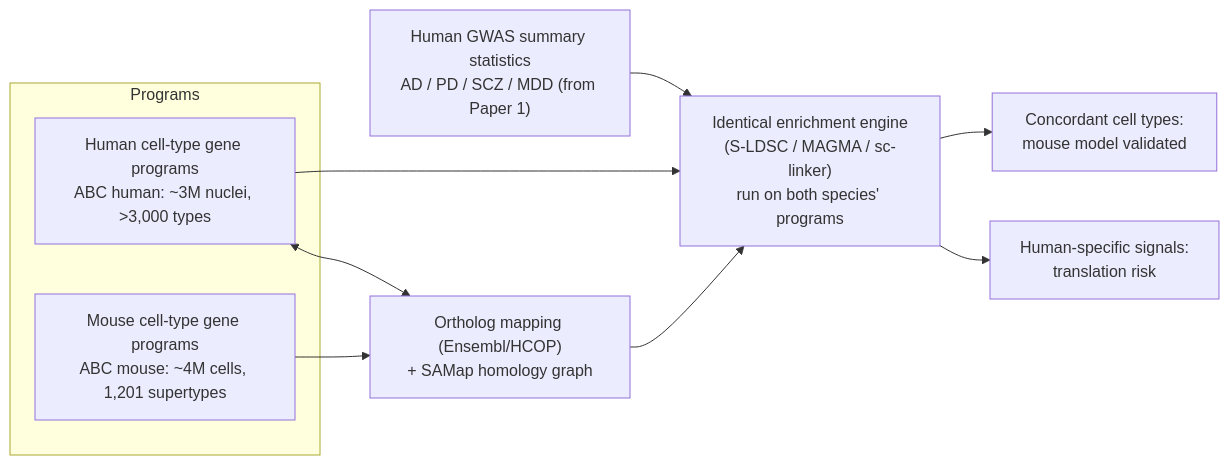
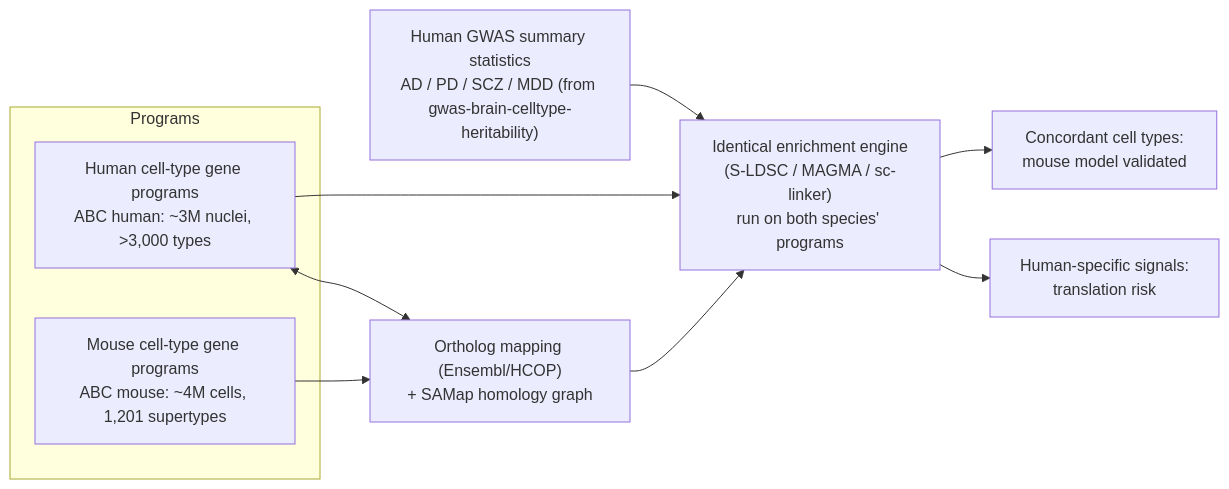
The diagram in docs/figures/concept_figure.md (hwilner/gwas-cross-species-celltype-mapping), drawn with Mermaid before and after one commit. The commit also changed other lines of this file and 8 other files, not shown here.

````diff
--- a/docs/figures/concept_figure.md
+++ b/docs/figures/concept_figure.md
@@ -7,19 +7,19 @@
 ```mermaid
 flowchart LR
-    G["Human GWAS summary statistics<br/>AD / PD / SCZ / MDD (from Paper 1)"]
+    G["Human GWAS summary statistics<br/>AD / PD / SCZ / MDD (from gwas-brain-celltype-heritability)"]
     subgraph Programs
         H["Human cell-type gene programs<br/>ABC human: ~3M nuclei, >3,000 types"]
         M["Mouse cell-type gene programs<br/>ABC mouse: ~4M cells, 1,201 supertypes"]
     end
     O["Ortholog mapping (Ensembl/HCOP)<br/>+ SAMap homology graph"]
     E["Identical enrichment engine<br/>(S-LDSC / MAGMA / sc-linker)<br/>run on both species' programs"]
     C1["Concordant cell types:<br/>mouse model validated"]
     C2["Human-specific signals:<br/>translation risk"]
     G --> E
     H --> E
     M --> O
     H <--> O
     O --> E
     E --> C1
     E --> C2
 ```
````
